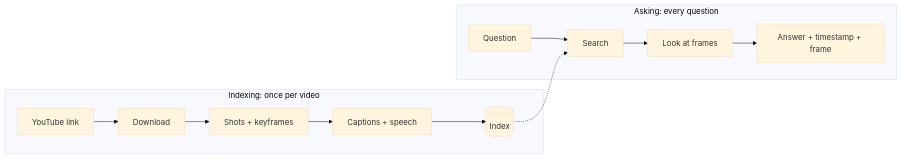
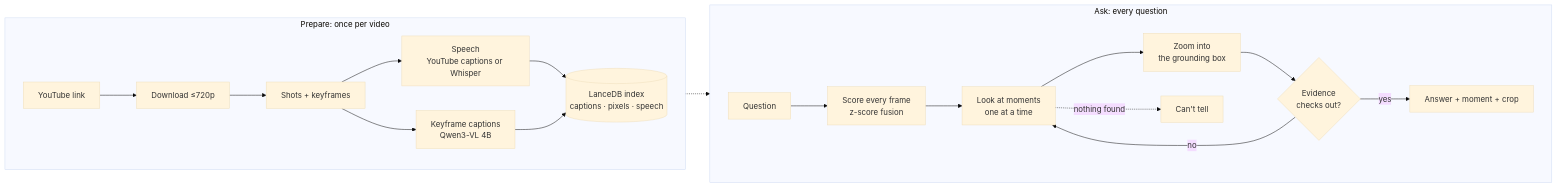
One commit to imsoumya18/frameseek changed the diagram in README.md. Above: the diagram before and after it, drawn with Mermaid (base theme). The commit also changed other lines of this file and 6 other files, not shown here.

Commit message:
One-screen web app: preparation checklist with progress, live answer feed, author and repo links

````diff
--- a/README.md
+++ b/README.md
@@ -27,10 +79,21 @@
 ```mermaid
 flowchart LR
-    subgraph Indexing["Indexing: once per video"]
-        A[YouTube link] --> B[Download] --> C[Shots + keyframes] --> D[Captions + speech] --> E[(Index)]
+    subgraph P["Prepare: once per video"]
+        direction LR
+        A[YouTube link] --> B[Download ≤720p] --> C[Shots + keyframes]
+        C --> D[Speech<br/>YouTube captions or Whisper]
+        C --> E[Keyframe captions<br/>Qwen3-VL 4B]
+        D & E --> F[(LanceDB index<br/>captions · pixels · speech)]
     end
-    subgraph Asking["Asking: every question"]
-        Q[Question] --> S[Search] --> L[Look at frames] --> R[Answer + timestamp + frame]
+    subgraph Q["Ask: every question"]
+        direction LR
+        G[Question] --> H[Score every frame<br/>z-score fusion]
+        H --> I[Look at moments<br/>one at a time]
+        I --> J[Zoom into<br/>the grounding box]
+        J --> K{Evidence<br/>checks out?}
+        K -- yes --> L[Answer + moment + crop]
+        K -- no --> I
+        I -. nothing found .-> M["Can't tell"]
     end
-    E -.-> S
+    F -.-> H
 ```
````
